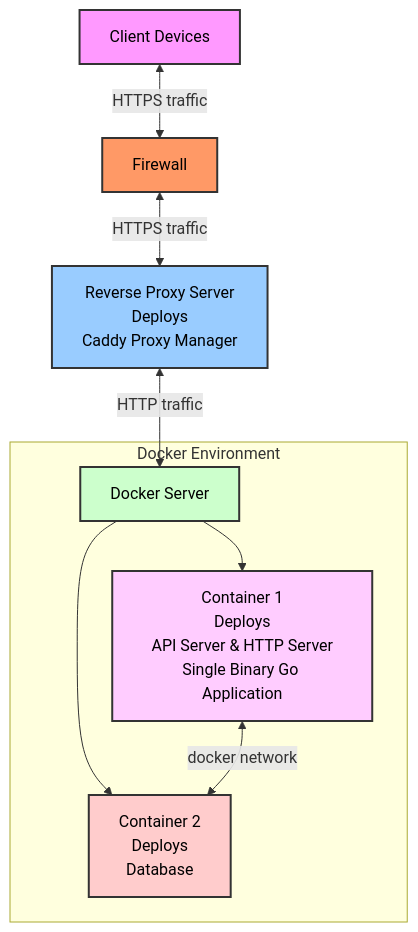
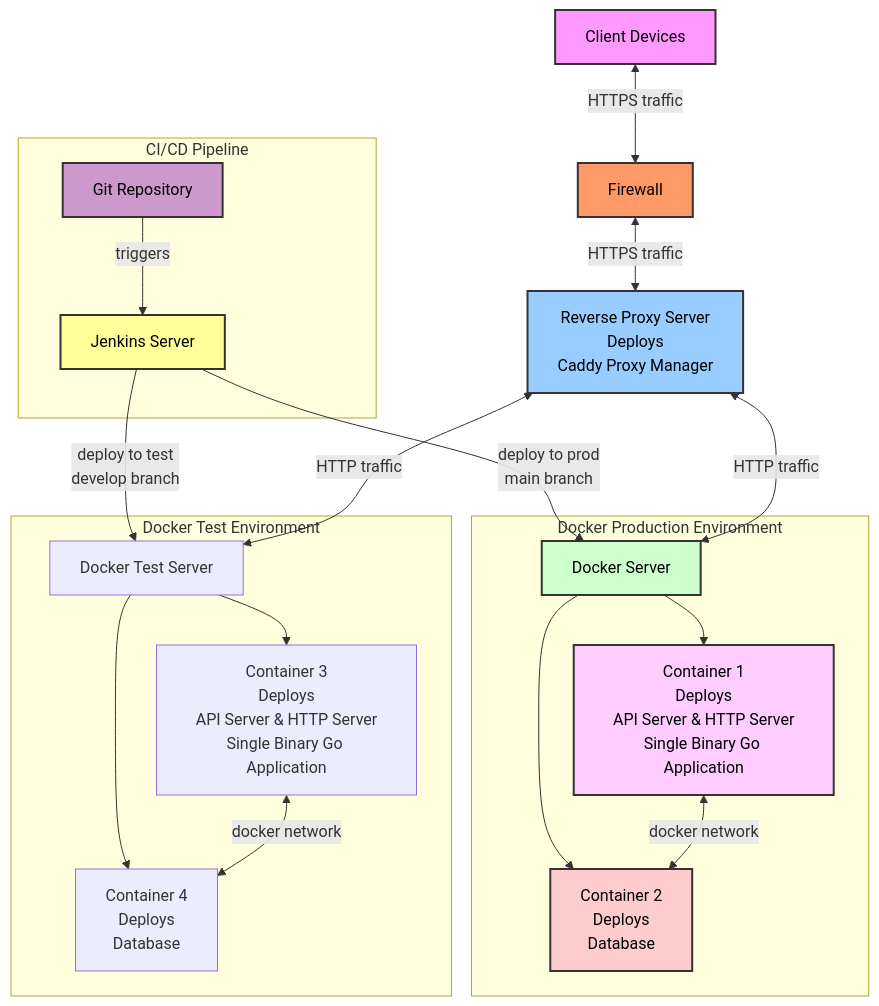
Before and after one commit to samuelemusiani/vezgammon: the diagram in doc/uml/deployment.mermaid, drawn with Mermaid. The commit also changed 2 other files, not shown here.

```diff
--- a/doc/uml/deployment.mermaid
+++ b/doc/uml/deployment.mermaid
@@ -1,25 +1,47 @@
 graph TB
     clients[Client Devices]
     firewall[Firewall]
     proxy[Reverse Proxy Server<br/>Deploys<br/>Caddy Proxy Manager]
     docker[Docker Server]
     api[Container 1<br/>Deploys<br/>API Server & HTTP Server<br/>Single Binary Go Application]
     db[Container 2<br/>Deploys<br/>Database]
 
-    subgraph docker_env[Docker Environment]
+    docker_test[Docker Test Server]
+    api_test[Container 3<br/>Deploys<br/>API Server & HTTP Server<br/>Single Binary Go Application]
+    db_test[Container 4<br/>Deploys<br/>Database]
+
+    jenkins[Jenkins Server]
+    git[Git Repository]
+
+    subgraph docker_env[Docker Production Environment]
         docker --> api
         docker --> db
         api <--> |docker network| db
     end
 
+    subgraph docker_test_env[Docker Test Environment]
+        docker_test --> api_test
+        docker_test --> db_test
+        api_test <--> |docker network| db_test
+    end
+    
+    subgraph ci_cd[CI/CD Pipeline]
+        git --> |triggers| jenkins
+        jenkins --> |deploy to test<br/>develop branch| docker_test
+        jenkins --> |deploy to prod<br/>main branch| docker
+    end
+
     clients <--> |HTTPS traffic| firewall
     firewall <--> |HTTPS traffic| proxy
     proxy <--> |HTTP traffic| docker
+    proxy <--> |HTTP traffic| docker_test
     
     %% Styling
     style clients fill:#f9f,stroke:#333,stroke-width:2px,color:#000
     style firewall fill:#f96,stroke:#333,stroke-width:2px,color:#000
     style proxy fill:#9cf,stroke:#333,stroke-width:2px,color:#000
     style docker fill:#cfc,stroke:#333,stroke-width:2px,color:#000
     style api fill:#fcf,stroke:#333,stroke-width:2px,color:#000
     style db fill:#fcc,stroke:#333,stroke-width:2px,color:#000
+    style jenkins fill:#ff9,stroke:#333,stroke-width:2px,color:#000
+    style git fill:#c9c,stroke:#333,stroke-width:2px,color:#000
```
